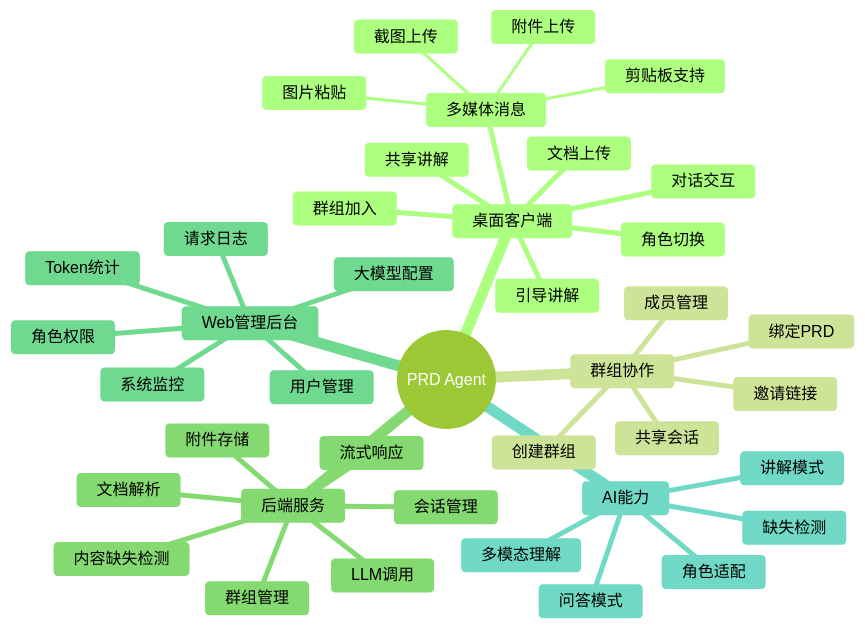
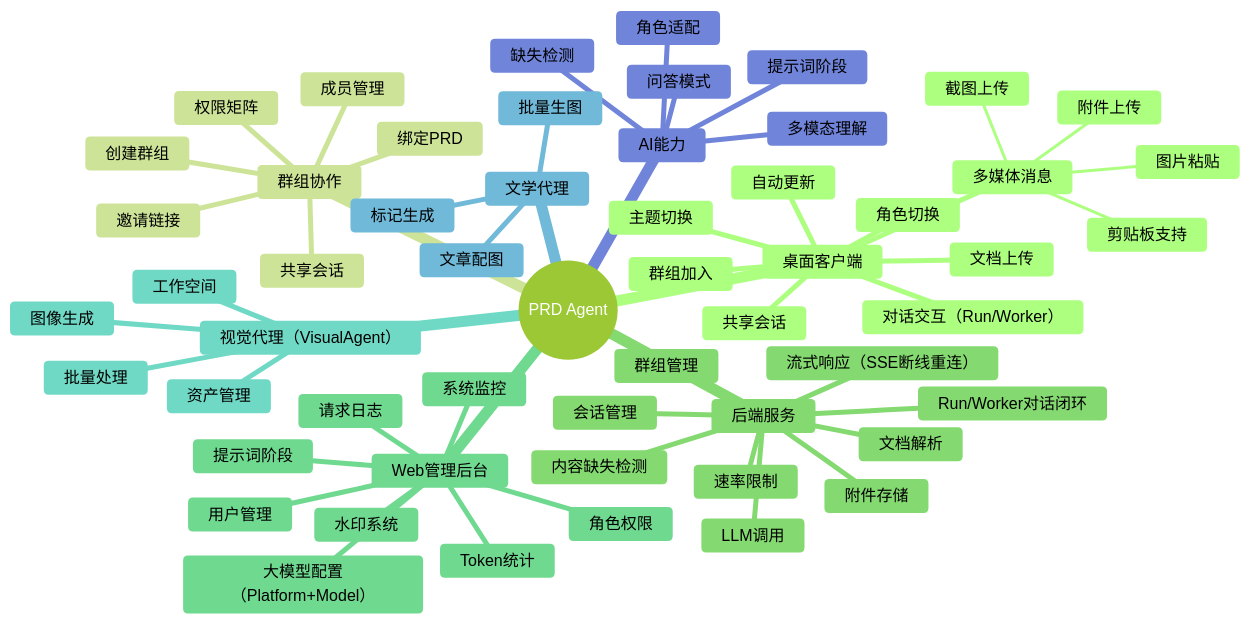
One commit to inernoro/prd_agent changed the first of 10 diagrams in doc/2.srs.md. Above: the diagram before and after it, drawn with Mermaid (forest theme). The commit also changed other lines of this file and 8 other files, not shown here.

````diff
--- a/doc/2.srs.md
+++ b/doc/2.srs.md
@@ -199,43 +208,58 @@
 ```mermaid
 mindmap
   root((PRD Agent))
     桌面客户端
       文档上传
       角色切换
-      对话交互
-      引导讲解
+      对话交互（Run/Worker）
       群组加入
-      共享讲解
+      共享会话
       多媒体消息
         截图上传
         图片粘贴
         附件上传
         剪贴板支持
+      主题切换
+      自动更新
     群组协作
       创建群组
       绑定PRD
       邀请链接
       成员管理
       共享会话
+      权限矩阵
     后端服务
       文档解析
       会话管理
+      Run/Worker对话闭环
       群组管理
       附件存储
       LLM调用
-      流式响应
+      流式响应（SSE断线重连）
       内容缺失检测
+      速率限制
     Web管理后台
       用户管理
       角色权限
-      大模型配置
+      大模型配置（Platform+Model）
       请求日志
       Token统计
       系统监控
+      水印系统
+      提示词阶段
+    视觉代理（VisualAgent）
+      工作空间
+      图像生成
+      批量处理
+      资产管理
+    文学代理
+      文章配图
+      标记生成
+      批量生图
     AI能力
       角色适配
       问答模式
-      讲解模式
+      提示词阶段
       缺失检测
       多模态理解
 ```
````
